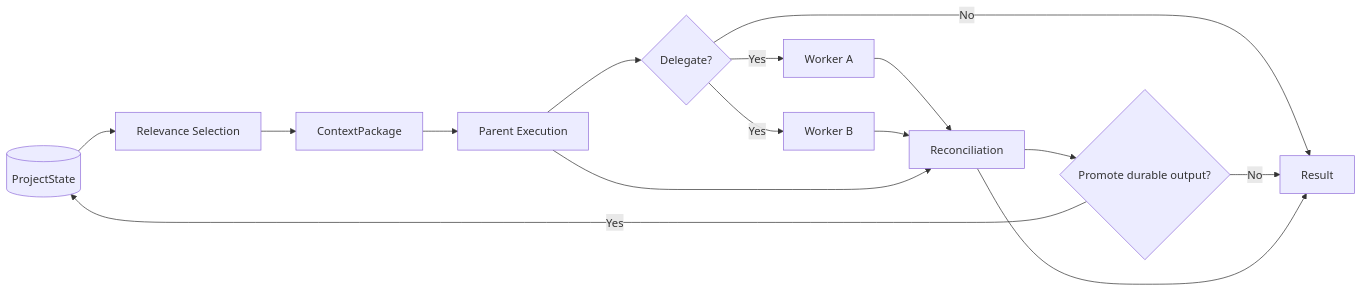
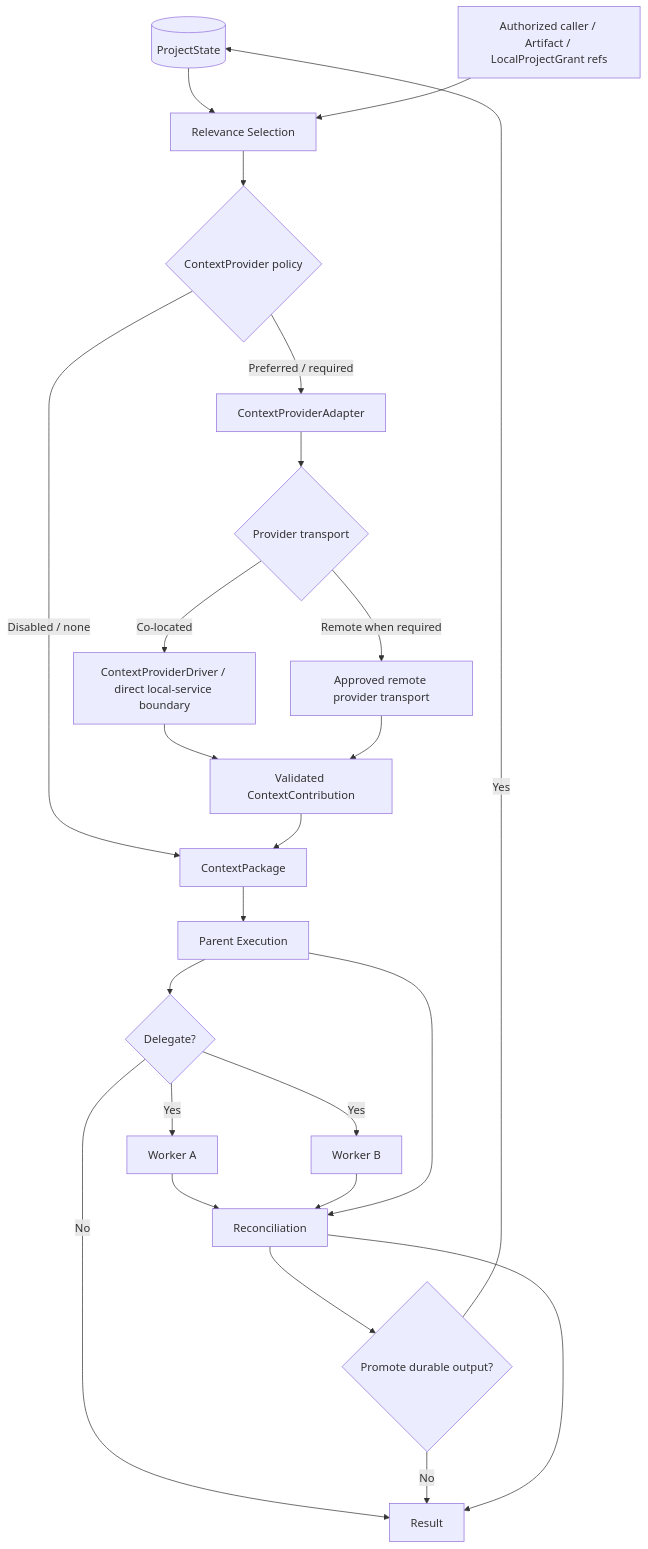
Before and after one commit to 0xPlayerOne/control-plane: the second of 5 diagrams in docs/architecture/diagram-sources.md, drawn with Mermaid. The commit also changed other lines of this file, not shown here.

Commit message:
docs: update Control Plane Mermaid sources for Restate and RuntimeTransport

````diff
--- a/docs/architecture/diagram-sources.md
+++ b/docs/architecture/diagram-sources.md
@@ -41,17 +46,26 @@
 ```mermaid
-flowchart LR
+flowchart TB
     PS[(ProjectState)] --> SEL[Relevance Selection]
-    SEL --> CP[ContextPackage]
+    EXT[Authorized caller / Artifact / LocalProjectGrant refs] --> SEL
+    SEL --> PSEL{ContextProvider policy}
+    PSEL -->|Disabled / none| CP[ContextPackage]
+    PSEL -->|Preferred / required| CPA[ContextProviderAdapter]
+    CPA --> CPD{Provider transport}
+    CPD -->|Co-located| DIR[ContextProviderDriver / direct local-service boundary]
+    CPD -->|Remote when required| REM[Approved remote provider transport]
+    DIR --> CC[Validated ContextContribution]
+    REM --> CC
+    CC --> CP
     CP --> P[Parent Execution]
     P --> D{Delegate?}
     D -->|No| R[Result]
     D -->|Yes| W1[Worker A]
     D -->|Yes| W2[Worker B]
     W1 --> FAN[Reconciliation]
     W2 --> FAN
     P --> FAN
     FAN --> A{Promote durable output?}
     A -->|Yes| PS
     A -->|No| R
     FAN --> R
 ```
````
